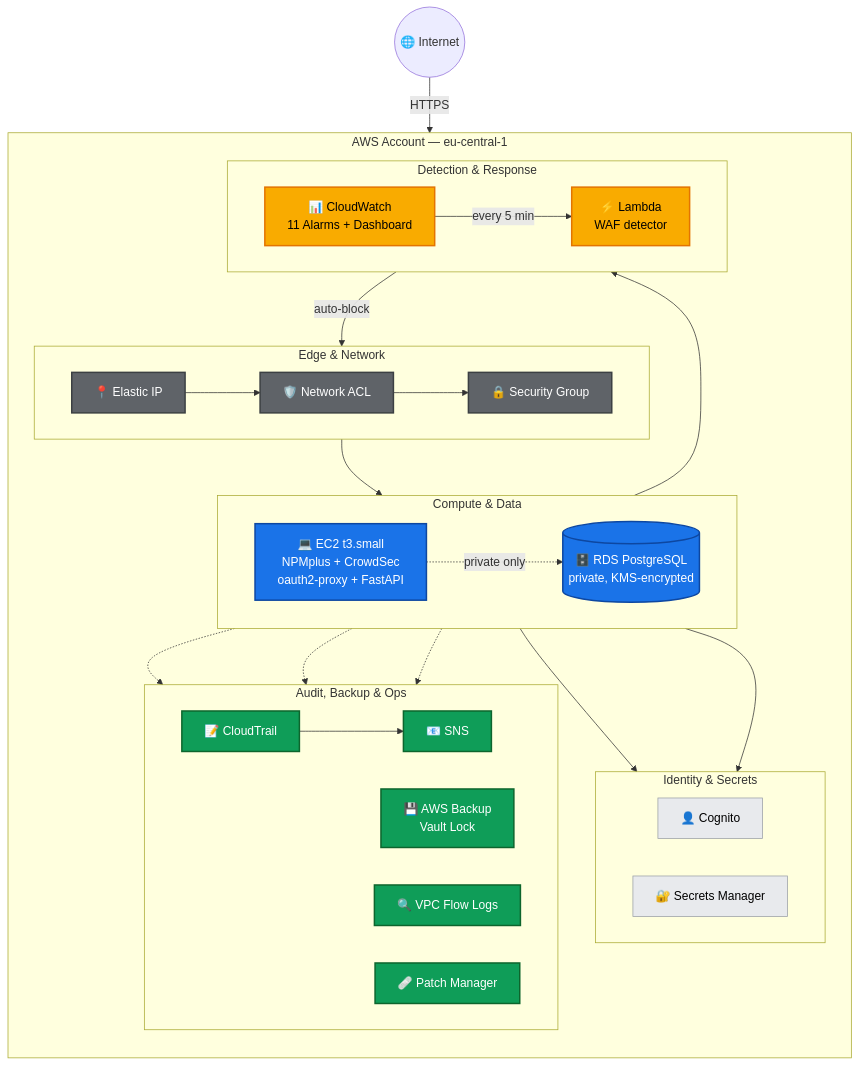
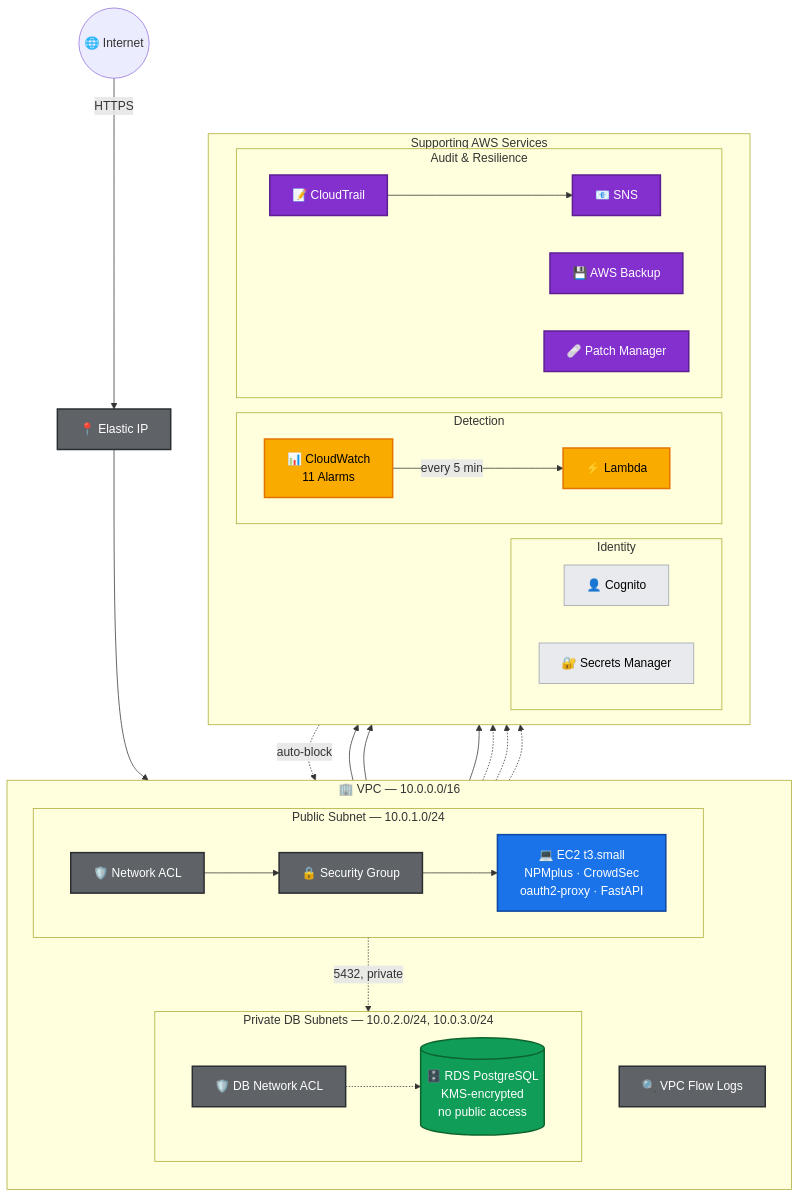
Before and after one commit to VladvonTranssylvanien/learningsteps-lockdown-on-AWS: the diagram in README.md, drawn with Mermaid.

Commit message:
Redesign Mermaid diagram: explicit VPC subnet segmentation (public/private tiers) with modern color-coded supporting services

````diff
--- a/README.md
+++ b/README.md
@@ -53,66 +53,72 @@
 ```mermaid
 graph TB
     Internet((🌐 Internet))
 
-    subgraph AWS["AWS Account — eu-central-1"]
+    subgraph VPC["🏢 VPC — 10.0.0.0/16"]
         direction TB
 
-        subgraph Edge["Edge & Network"]
+        subgraph PublicTier["Public Subnet — 10.0.1.0/24"]
             direction LR
-            EIP["📍 Elastic IP"]
             NACL["🛡️ Network ACL"]
             SG["🔒 Security Group"]
+            EC2["💻 EC2 t3.small<br/>NPMplus · CrowdSec<br/>oauth2-proxy · FastAPI"]
         end
 
-        subgraph Compute["Compute & Data"]
+        subgraph PrivateTier["Private DB Subnets — 10.0.2.0/24, 10.0.3.0/24"]
             direction LR
-            EC2["💻 EC2 t3.small<br/>NPMplus + CrowdSec<br/>oauth2-proxy + FastAPI"]
-            RDS[("🗄️ RDS PostgreSQL<br/>private, KMS-encrypted")]
+            DBNACL["🛡️ DB Network ACL"]
+            RDS[("🗄️ RDS PostgreSQL<br/>KMS-encrypted<br/>no public access")]
         end
 
-        subgraph Identity["Identity & Secrets"]
-            direction LR
+        Flow["🔍 VPC Flow Logs"]
+    end
+
+    subgraph Platform["Supporting AWS Services"]
+        direction LR
+
+        subgraph IDBlock["Identity"]
             Cognito["👤 Cognito"]
             Secrets["🔐 Secrets Manager"]
         end
 
-        subgraph Detect["Detection & Response"]
-            direction LR
-            CW["📊 CloudWatch<br/>11 Alarms + Dashboard"]
-            Lambda["⚡ Lambda<br/>WAF detector"]
+        subgraph DetectBlock["Detection"]
+            CW["📊 CloudWatch<br/>11 Alarms"]
+            Lambda["⚡ Lambda"]
         end
 
-        subgraph Audit["Audit, Backup & Ops"]
-            direction LR
+        subgraph AuditBlock["Audit & Resilience"]
             CT["📝 CloudTrail"]
             SNS["📧 SNS"]
-            Backup["💾 AWS Backup<br/>Vault Lock"]
-            Flow["🔍 VPC Flow Logs"]
+            Backup["💾 AWS Backup"]
             Patch["🩹 Patch Manager"]
         end
     end
 
+    EIP["📍 Elastic IP"]
+
     Internet -->|HTTPS| EIP --> NACL --> SG --> EC2
+    EC2 -.->|5432, private| DBNACL -.-> RDS
     EC2 --> Secrets
     EC2 --> Cognito
     EC2 --> CW
     CW -->|every 5 min| Lambda
-    Lambda -->|auto-block| NACL
-    EC2 -.->|private only| RDS
+    Lambda -.->|auto-block| NACL
     CT --> SNS
     EC2 -.-> Backup
     RDS -.-> Backup
     EC2 -.-> Patch
 
-    classDef edge fill:#5f6368,stroke:#3c4043,color:#ffffff,stroke-width:2px
+    classDef net fill:#5f6368,stroke:#2b2e30,color:#ffffff,stroke-width:2px
     classDef compute fill:#1a73e8,stroke:#0d47a1,color:#ffffff,stroke-width:2px
+    classDef data fill:#0f9d58,stroke:#0d652d,color:#ffffff,stroke-width:2px
     classDef identity fill:#e8eaed,stroke:#9aa0a6,color:#000000,stroke-width:1px
     classDef detect fill:#f9ab00,stroke:#e37400,color:#000000,stroke-width:2px
-    classDef audit fill:#0f9d58,stroke:#0d652d,color:#ffffff,stroke-width:2px
+    classDef audit fill:#8430ce,stroke:#5c1f91,color:#ffffff,stroke-width:2px
 
-    class EIP,NACL,SG edge
-    class EC2,RDS compute
+    class NACL,SG,DBNACL,EIP,Flow net
+    class EC2 compute
+    class RDS data
     class Cognito,Secrets identity
     class CW,Lambda detect
-    class CT,SNS,Backup,Flow,Patch audit
+    class CT,SNS,Backup,Patch audit
 ```
````
